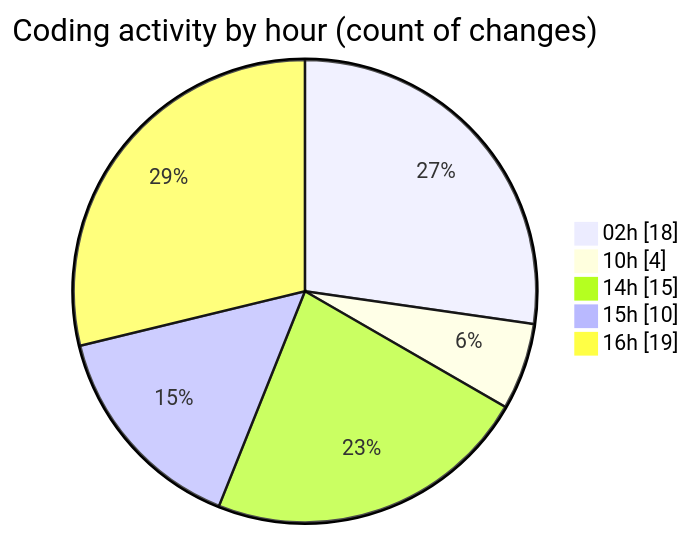
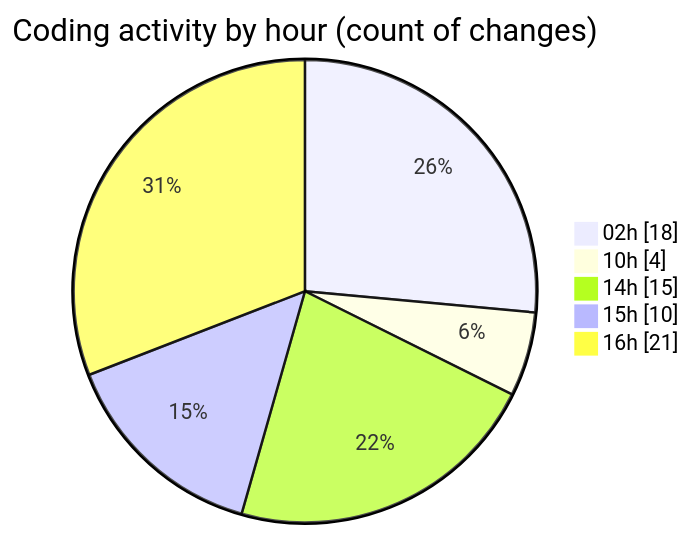
One commit to julien-gomy/code-tracking changed the second of 2 diagrams in 2025-10-15/eventscop-frontend-guide__workspace_/README.md. Above: the diagram before and after it, drawn with Mermaid. The commit also changed other lines of this file and 1 other file, not shown here.

````diff
--- a/2025-10-15/eventscop-frontend-guide__workspace_/README.md
+++ b/2025-10-15/eventscop-frontend-guide__workspace_/README.md
@@ -47,9 +47,9 @@
 ```mermaid
 pie showData
 title Coding activity by hour (count of changes)
 "02h" : 18
 "10h" : 4
 "14h" : 15
 "15h" : 10
-"16h" : 19
+"16h" : 21
 ```
````
